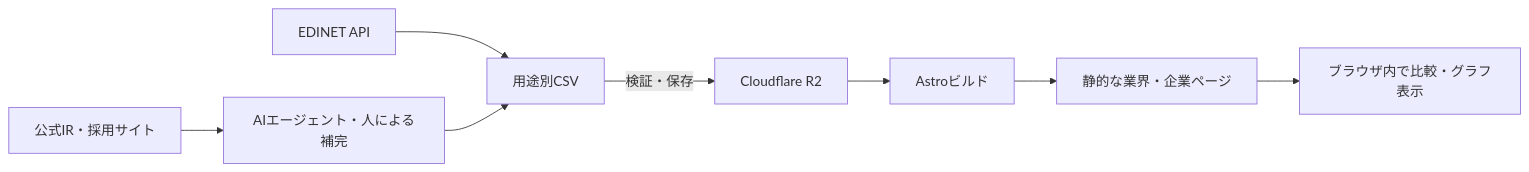
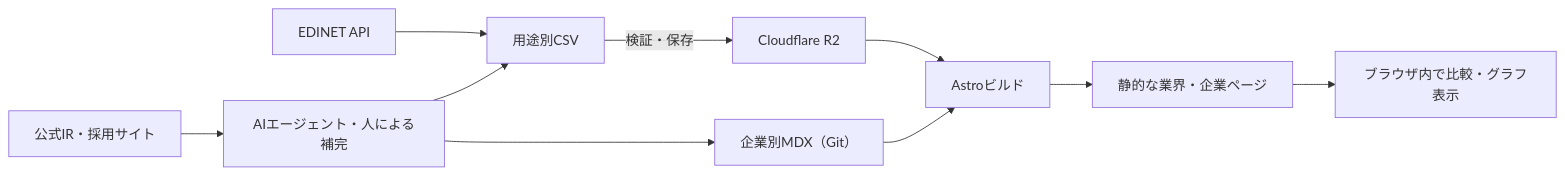
One commit to BIG-A-K/it-recruit-analysis changed the second of 3 diagrams in README.md. Above: the diagram before and after it, drawn with Mermaid. The commit also changed other lines of this file and 59 other files, not shown here.

````diff
--- a/README.md
+++ b/README.md
@@ -154,19 +177,22 @@
 ```mermaid
 flowchart LR
     A["EDINET API"]
     B["公式IR・採用サイト"]
     C["AIエージェント・人による補完"]
     D["用途別CSV"]
     E["Cloudflare R2"]
     F["Astroビルド"]
     G["静的な業界・企業ページ"]
     H["ブラウザ内で比較・グラフ表示"]
+    I["企業別MDX（Git）"]
 
     A --> D
     B --> C
     C --> D
+    C --> I
     D -->|"検証・保存"| E
     E --> F
+    I --> F
     F --> G
     G --> H
 ```
````
